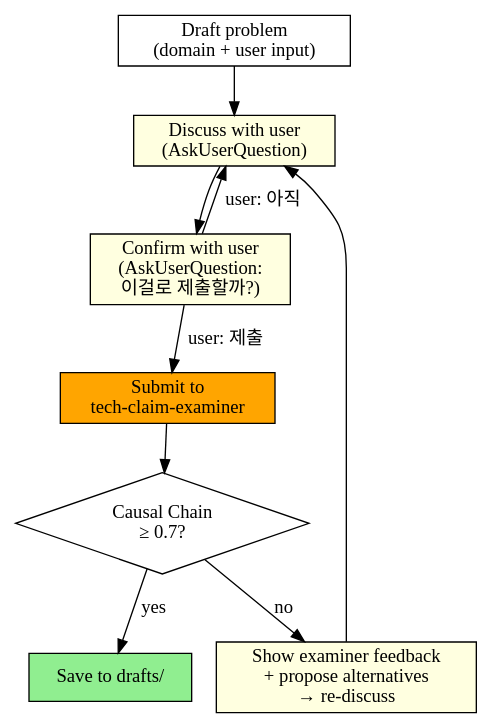
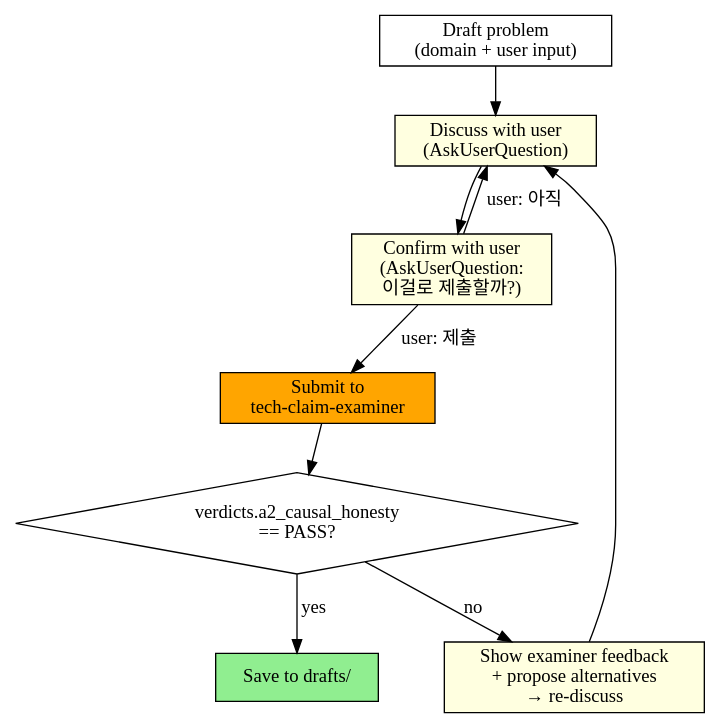
Before and after one commit to toongri/oh-my-toong-playground: the second of 3 diagrams in skills/resume-forge/SKILL.md, drawn with Graphviz. The commit also changed other lines of this file and 3 other files, not shown here.

Commit message:
refactor(resume-forge): 5축 schema 정합 및 구 rubric 참조 정리

````diff
--- a/skills/resume-forge/SKILL.md
+++ b/skills/resume-forge/SKILL.md
@@ -58,21 +60,21 @@
 ```dot
 digraph loop1 {
     rankdir=TB;
     draft [shape=box, label="Draft problem\n(domain + user input)"];
     discuss [shape=box, label="Discuss with user\n(AskUserQuestion)", style=filled, fillcolor=lightyellow];
     confirm [shape=box, label="Confirm with user\n(AskUserQuestion:\n이걸로 제출할까?)", style=filled, fillcolor=lightyellow];
     exam [shape=box, label="Submit to\ntech-claim-examiner", style=filled, fillcolor=orange];
-    check [shape=diamond, label="Causal Chain\n≥ 0.7?"];
+    check [shape=diamond, label="verdicts.a2_causal_honesty\n== PASS?"];
     save [shape=box, label="Save to drafts/", style=filled, fillcolor=lightgreen];
     feedback [shape=box, label="Show examiner feedback\n+ propose alternatives\n→ re-discuss", style=filled, fillcolor=lightyellow];
 
     draft -> discuss;
     discuss -> confirm;
     confirm -> exam [label="user: 제출"];
     confirm -> discuss [label="user: 아직"];
     exam -> check;
     check -> save [label="yes"];
     check -> feedback [label="no"];
     feedback -> discuss;
 }
 ```
````
